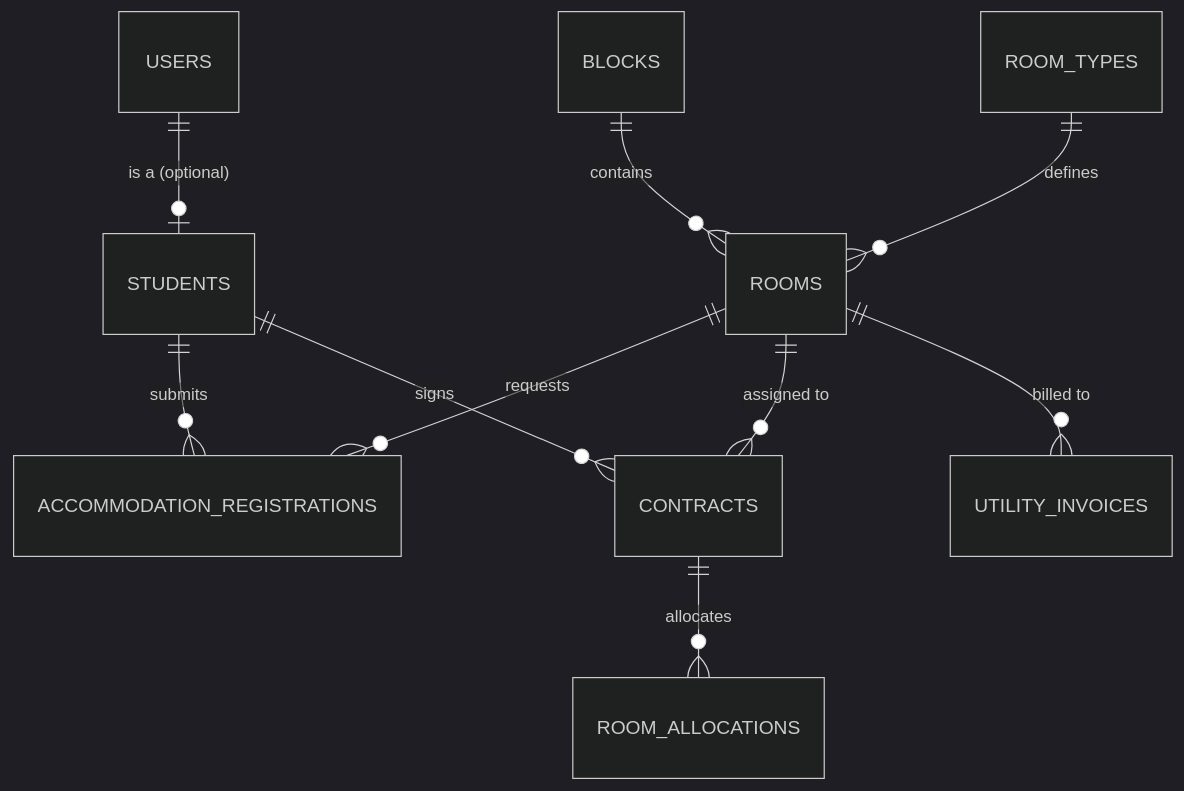
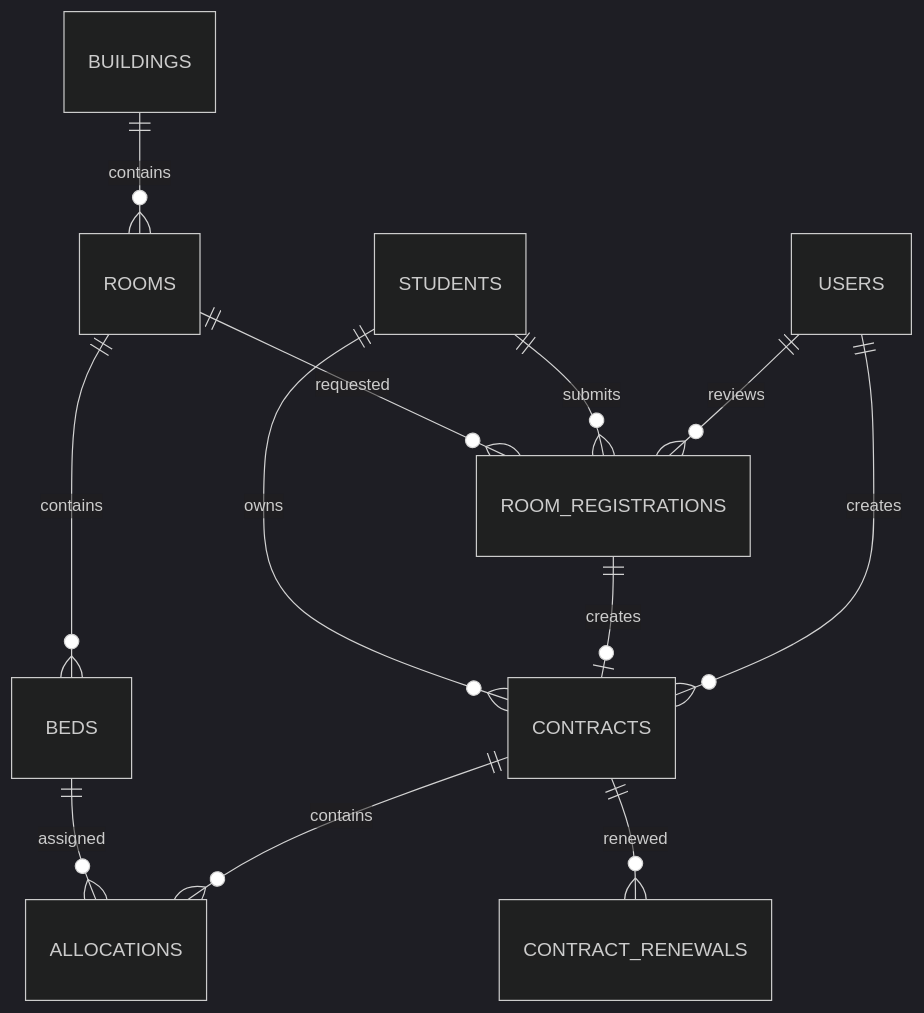
The diagram in docs/design/erd.md (thieubaviett04/Dormitory-Management-System), drawn with Mermaid (dark theme) before and after one commit. The commit also changed other lines of this file and 47 other files, not shown here.

Commit message:
feat: implement room allocation and contract management

````diff
--- a/docs/design/erd.md
+++ b/docs/design/erd.md
@@ -5,12 +5,14 @@
 ```mermaid
 erDiagram
-    USERS ||--o| STUDENTS : "is a (optional)"
-    BLOCKS ||--o{ ROOMS : "contains"
-    ROOM_TYPES ||--o{ ROOMS : "defines"
-    ROOMS ||--o{ ACCOMMODATION_REGISTRATIONS : "requests"
-    STUDENTS ||--o{ ACCOMMODATION_REGISTRATIONS : "submits"
-    ROOMS ||--o{ CONTRACTS : "assigned to"
-    STUDENTS ||--o{ CONTRACTS : "signs"
-    ROOMS ||--o{ UTILITY_INVOICES : "billed to"
-    CONTRACTS ||--o{ ROOM_ALLOCATIONS : "allocates"
+    USERS ||--o{ ROOM_REGISTRATIONS : reviews
+    USERS ||--o{ CONTRACTS : creates
+    BUILDINGS ||--o{ ROOMS : contains
+    ROOMS ||--o{ BEDS : contains
+    STUDENTS ||--o{ ROOM_REGISTRATIONS : submits
+    ROOMS ||--o{ ROOM_REGISTRATIONS : requested
+    ROOM_REGISTRATIONS ||--o| CONTRACTS : creates
+    STUDENTS ||--o{ CONTRACTS : owns
+    CONTRACTS ||--o{ ALLOCATIONS : contains
+    BEDS ||--o{ ALLOCATIONS : assigned
+    CONTRACTS ||--o{ CONTRACT_RENEWALS : renewed
 ```
````
